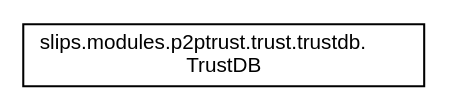
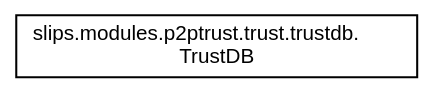
The diagram in docs/inherit_graph_8.dot (stratosphereips/StratosphereLinuxIPS), drawn with Graphviz before and after one commit. The commit also changed 345 other files, not shown here.

```diff
--- a/docs/inherit_graph_8.dot
+++ b/docs/inherit_graph_8.dot
@@ -1,8 +1,9 @@
 digraph "Graphical Class Hierarchy"
 {
  // LATEX_PDF_SIZE
+  bgcolor="transparent";
   edge [fontname="Helvetica",fontsize="10",labelfontname="Helvetica",labelfontsize="10"];
   node [fontname="Helvetica",fontsize="10",shape=record];
   rankdir="LR";
-  Node0 [label="slips.modules.p2ptrust.trust.trustdb.\lTrustDB",height=0.2,width=0.4,color="black", fillcolor="white", style="filled",URL="$d7/d83/classslips_1_1modules_1_1p2ptrust_1_1trust_1_1trustdb_1_1TrustDB.html",tooltip=" "];
+  Node0 [label="slips.modules.p2ptrust.trust.trustdb.\lTrustDB",height=0.2,width=0.4,color="black",URL="$d3/da7/classslips_1_1modules_1_1p2ptrust_1_1trust_1_1trustdb_1_1_trust_d_b.html",tooltip=" "];
 }
```
